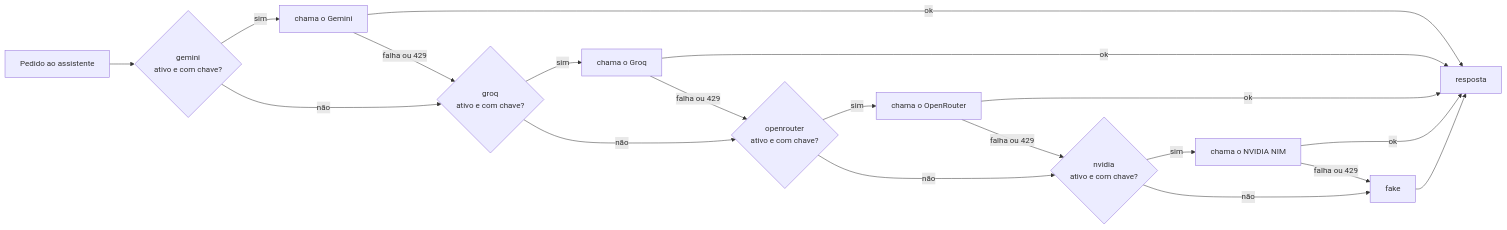
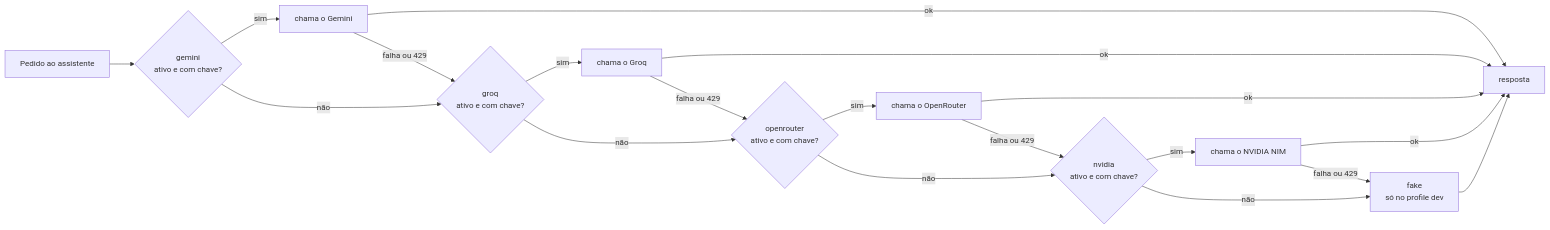
The diagram in docs/guias/configuracao-da-ia.md (matheuskkg/les), drawn with Mermaid before and after one commit. The commit also changed other lines of this file and 21 other files, not shown here.

First line of the commit message:
Desativa o provedor fake por padrão e o restringe ao dev

````diff
--- a/docs/guias/configuracao-da-ia.md
+++ b/docs/guias/configuracao-da-ia.md
@@ -17,21 +19,21 @@
 ```mermaid
 flowchart LR
     P[Pedido ao assistente] --> G{gemini<br/>ativo e com chave?}
     G -- sim --> GC[chama o Gemini]
     GC -- ok --> R[resposta]
     GC -- falha ou 429 --> Q
     G -- não --> Q{groq<br/>ativo e com chave?}
     Q -- sim --> QC[chama o Groq]
     QC -- ok --> R
     QC -- falha ou 429 --> O
     Q -- não --> O{openrouter<br/>ativo e com chave?}
     O -- sim --> OC[chama o OpenRouter]
     OC -- ok --> R
     OC -- falha ou 429 --> N
     O -- não --> N{nvidia<br/>ativo e com chave?}
     N -- sim --> NC[chama o NVIDIA NIM]
     NC -- ok --> R
     NC -- falha ou 429 --> F
-    N -- não --> F[fake]
+    N -- não --> F[fake<br/>só no profile dev]
     F --> R
 ```
````
